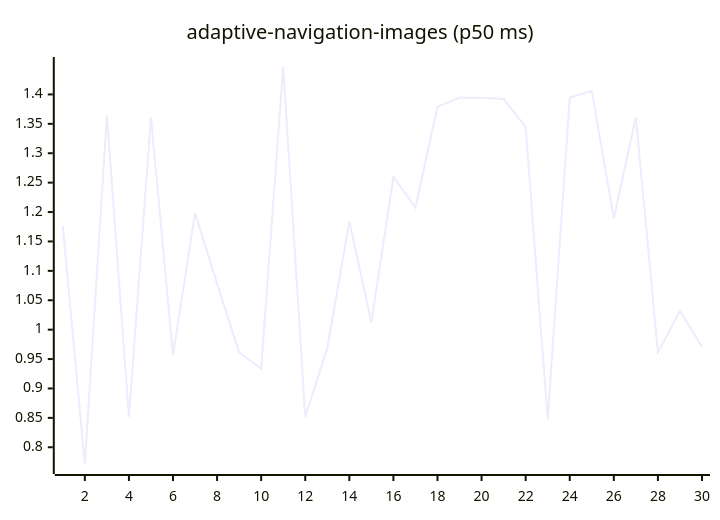
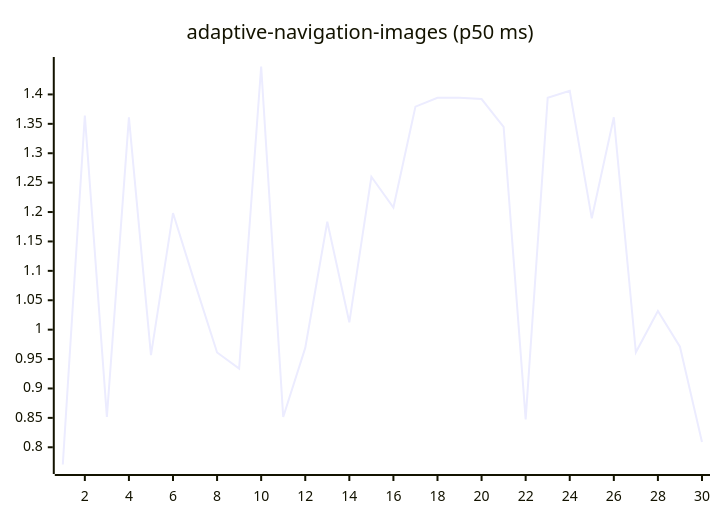
Before and after one commit to josha/Facet: the first of 27 diagrams in README.md, drawn with Mermaid. The commit also changed other lines of this file and 2 other files, not shown here.

````diff
--- a/README.md
+++ b/README.md
@@ -63,6 +63,6 @@
 ```mermaid
 xychart-beta
     title "adaptive-navigation-images (p50 ms)"
     x-axis 1 --> 30
-    line [1.1763, 0.7707, 1.3642, 0.8516, 1.3610, 0.9567, 1.1983, 1.0783, 0.9612, 0.9339, 1.4475, 0.8514, 0.9690, 1.1835, 1.0125, 1.2600, 1.2076, 1.3793, 1.3944, 1.3942, 1.3921, 1.3447, 0.8475, 1.3944, 1.4060, 1.1893, 1.3612, 0.9615, 1.0317, 0.9711]
+    line [0.7707, 1.3642, 0.8516, 1.3610, 0.9567, 1.1983, 1.0783, 0.9612, 0.9339, 1.4475, 0.8514, 0.9690, 1.1835, 1.0125, 1.2600, 1.2076, 1.3793, 1.3944, 1.3942, 1.3921, 1.3447, 0.8475, 1.3944, 1.4060, 1.1893, 1.3612, 0.9615, 1.0317, 0.9711, 0.8088]
 ```
````
